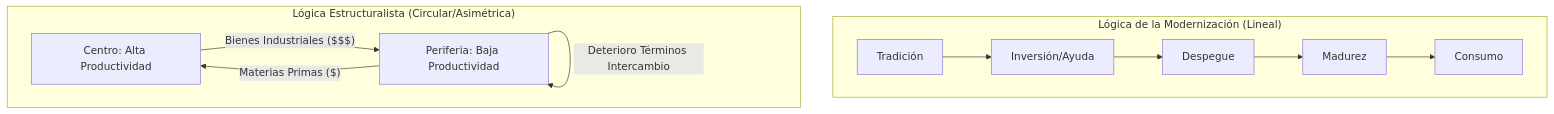
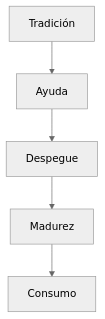
The first of 2 diagrams in docs/evidence/U1-Fundamentos-Contexto/Boveda_Lecturas/03_sintesis_teorica_u1.qmd (EryckFCS/desarrollo-economico-2026), drawn with Mermaid before and after one commit. The commit also changed other lines of this file and 31 other files, not shown here.

````diff
--- a/docs/evidence/U1-Fundamentos-Contexto/Boveda_Lecturas/03_sintesis_teorica_u1.qmd
+++ b/docs/evidence/U1-Fundamentos-Contexto/Boveda_Lecturas/03_sintesis_teorica_u1.qmd
@@ -55,15 +118,8 @@
 ```{mermaid}
+%%{init: {'theme': 'neutral', 'themeVariables': { 'fontSize': '16px'}}}%%
 graph TD
-    subgraph "Lógica de la Modernización (Lineal)"
-    M1[Tradición] --> M2[Inversión/Ayuda]
+    M1[Tradición] --> M2[Ayuda]
     M2 --> M3[Despegue]
     M3 --> M4[Madurez]
     M4 --> M5[Consumo]
-    end
-
-    subgraph "Lógica Estructuralista (Circular/Asimétrica)"
-    C[Centro: Alta Productividad] -- Bienes Industriales ($$$) --> P
-    P[Periferia: Baja Productividad] -- Materias Primas ($) --> C
-    P -- Deterioro Términos Intercambio --> P
-    end
 ```
````
